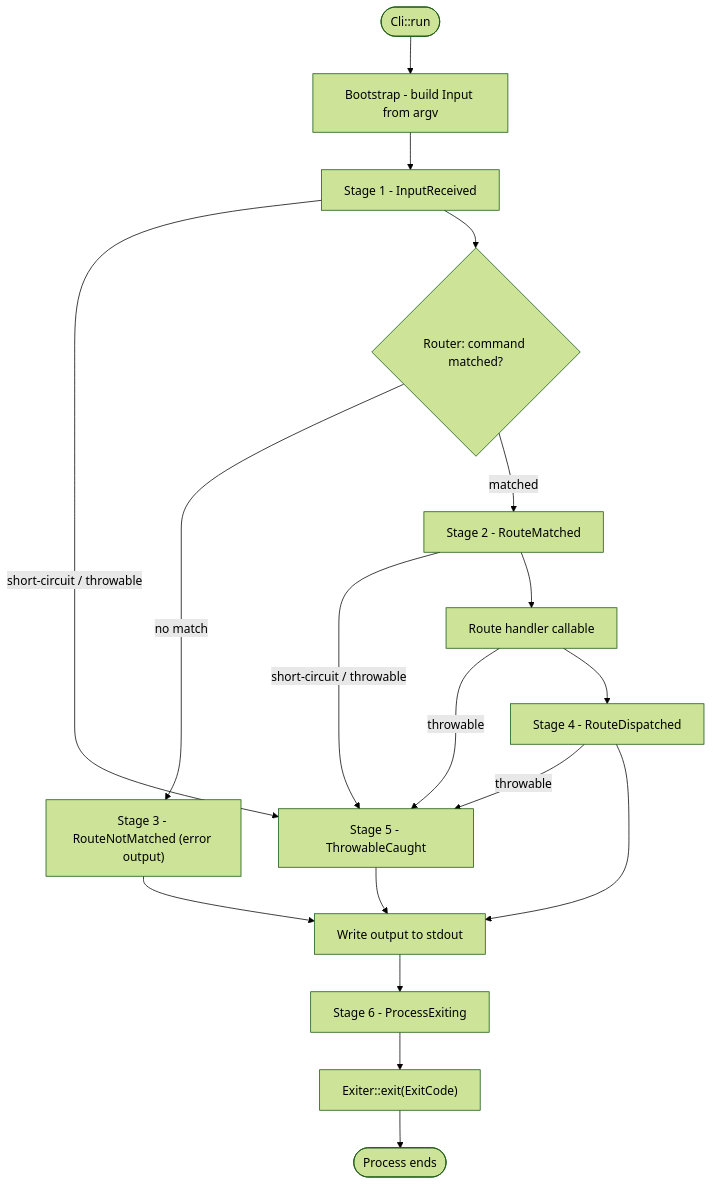
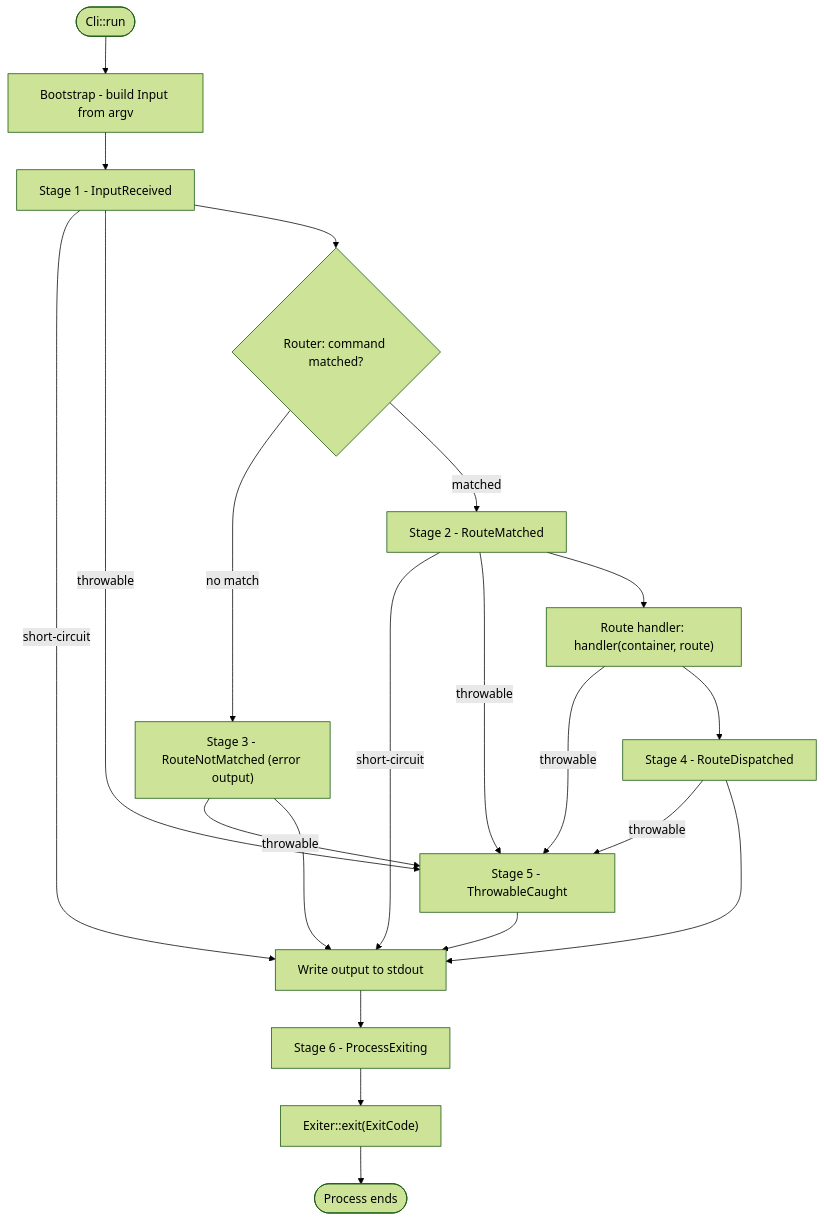
The diagram in src/Valkyrja/Cli/README.md (valkyrjaio/valkyrja), drawn with Mermaid (forest theme) before and after one commit. The commit also changed other lines of this file, not shown here.

````diff
--- a/src/Valkyrja/Cli/README.md
+++ b/src/Valkyrja/Cli/README.md
@@ -666,20 +1297,23 @@
 ```mermaid
 flowchart TD
     A([Cli::run]) --> B[Bootstrap - build Input from argv]
     B --> C[Stage 1 - InputReceived]
-    C -->|"short-circuit / throwable"| J[Stage 5 - ThrowableCaught]
+    C -->|"short-circuit"| H[Write output to stdout]
+    C -->|throwable| J[Stage 5 - ThrowableCaught]
     C --> D{"Router: command matched?"}
     D -->|"no match"| E["Stage 3 - RouteNotMatched (error output)"]
     D -->|matched| F[Stage 2 - RouteMatched]
-    E --> H[Write output to stdout]
-    F -->|"short-circuit / throwable"| J
-    F --> G[Route handler callable]
+    E -->|throwable| J
+    E --> H
+    F -->|"short-circuit"| H
+    F -->|throwable| J
+    F --> G["Route handler: handler(container, route)"]
     G -->|throwable| J
     G --> I[Stage 4 - RouteDispatched]
     I -->|throwable| J
     I --> H
     J --> H
     H --> K[Stage 6 - ProcessExiting]
     K --> L["Exiter::exit(ExitCode)"]
     L --> M([Process ends])
 ```
````
